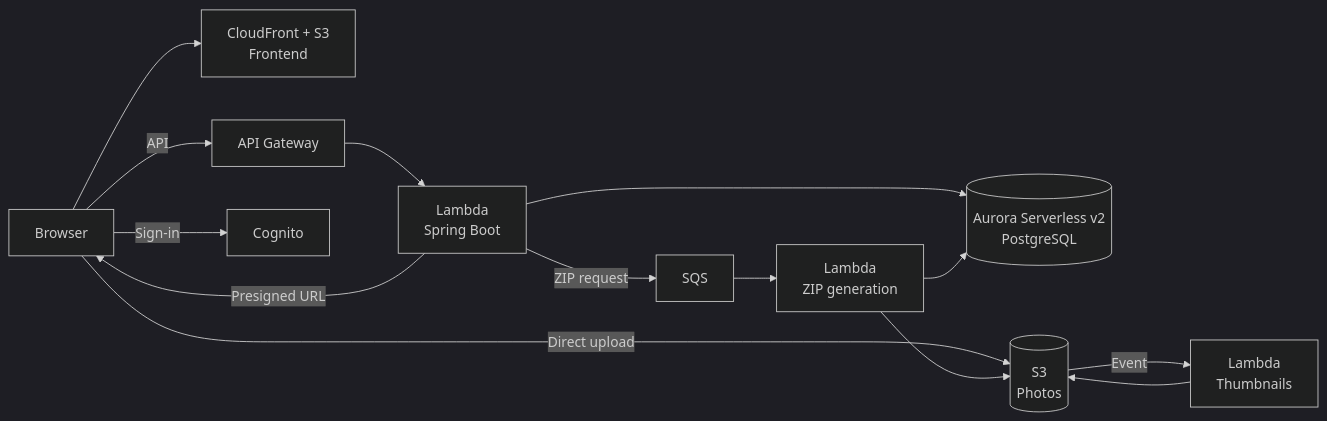
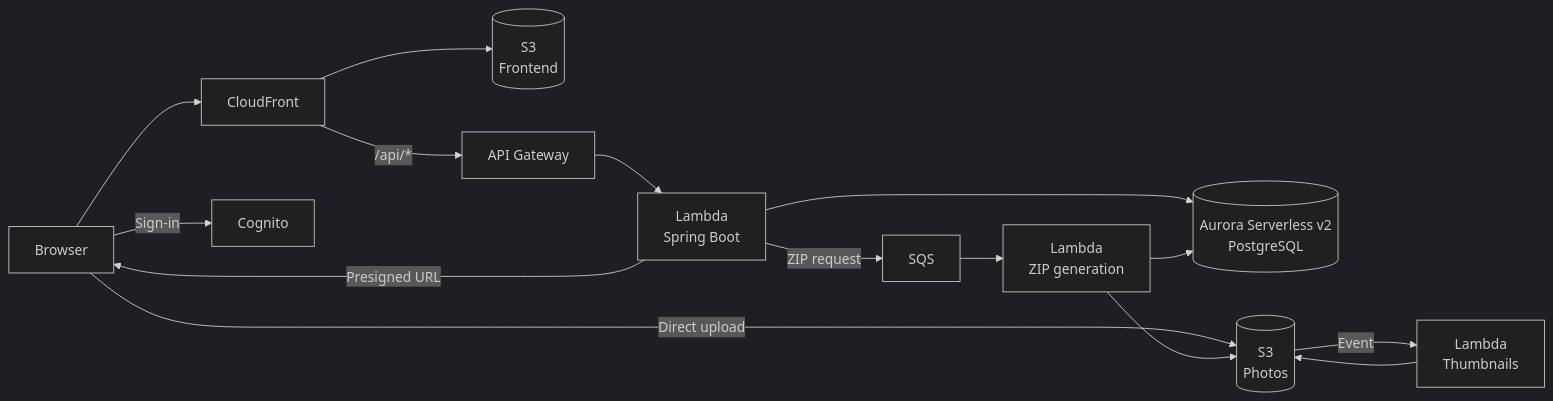
The diagram in README.md (Eduard20CR/2026-pictures-pov-app), drawn with Mermaid (dark theme) before and after one commit. The commit also changed other lines of this file and 2 other files, not shown here.

Commit message:
updating docs (#159)

````diff
--- a/README.md
+++ b/README.md
@@ -33,16 +33,17 @@
 ```mermaid
 flowchart LR
-    U[Browser] --> CF[CloudFront + S3<br/>Frontend]
-    U -->|API| APIGW[API Gateway]
+    U[Browser] --> CF[CloudFront]
+    CF --> WEB[(S3<br/>Frontend)]
+    CF -->|/api/*| APIGW[API Gateway]
     APIGW --> L[Lambda<br/>Spring Boot]
     L --> DB[(Aurora Serverless v2<br/>PostgreSQL)]
     L -->|Presigned URL| U
     U -->|Direct upload| S3[(S3<br/>Photos)]
     S3 -->|Event| T[Lambda<br/>Thumbnails]
     T --> S3
     L -->|ZIP request| Q[SQS]
     Q --> Z[Lambda<br/>ZIP generation]
     Z --> S3
     Z --> DB
     U -->|Sign-in| COG[Cognito]
 ```
````
